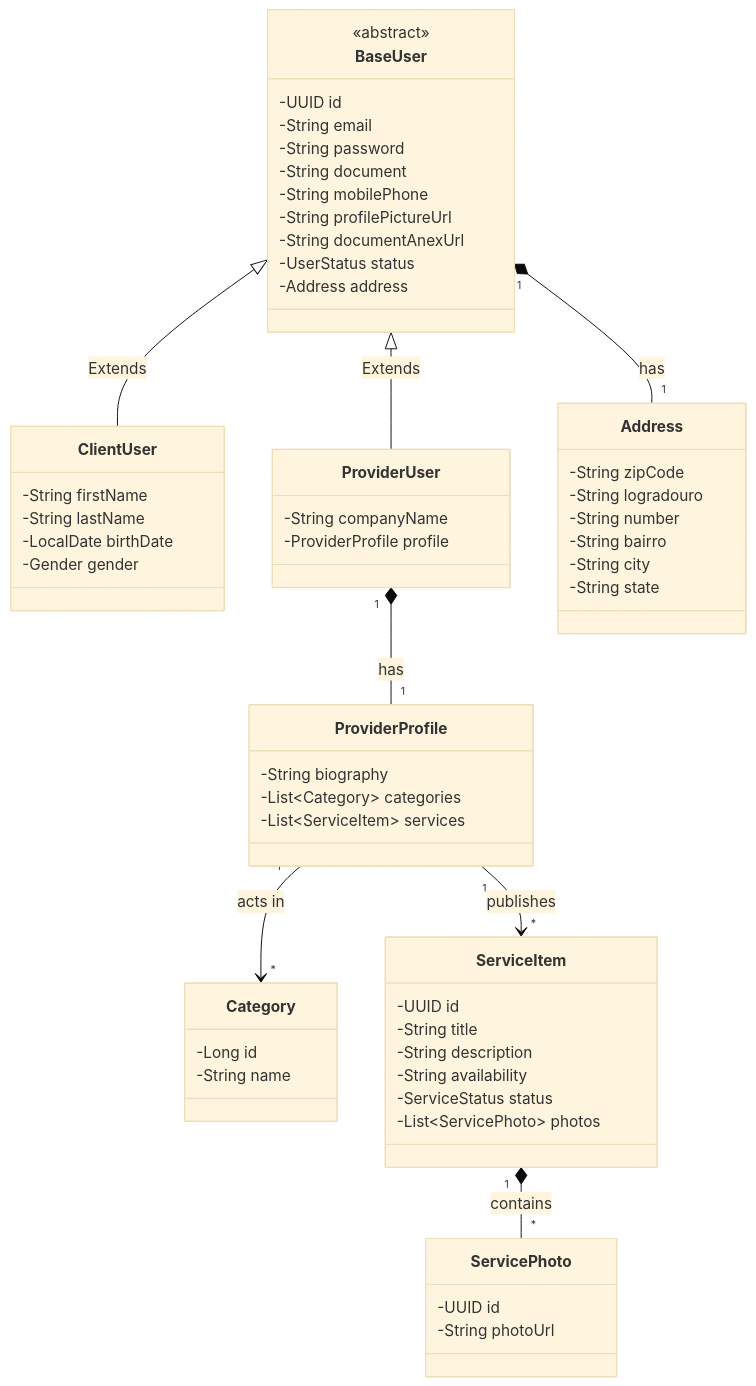
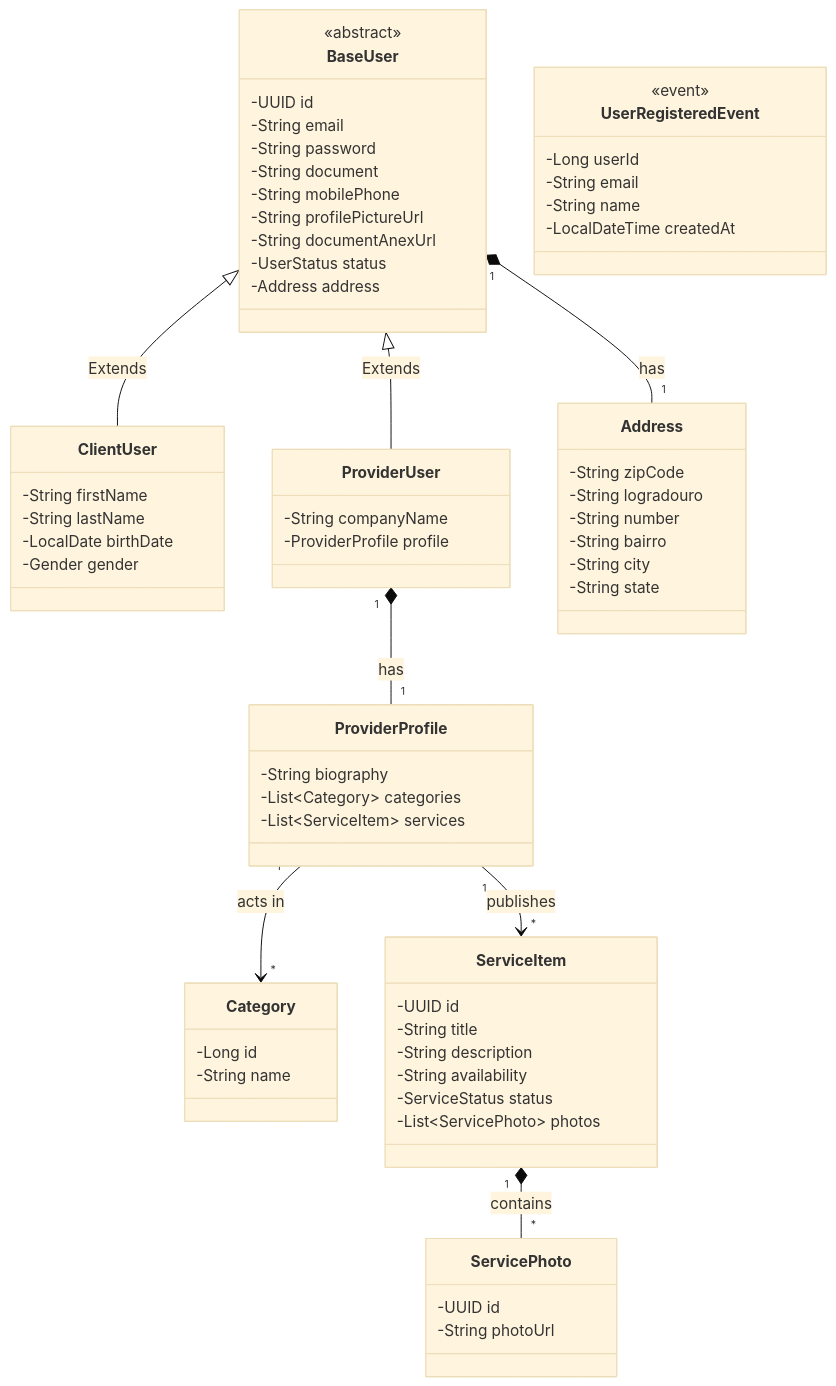
The diagram in docs/4-mapeamento_de_classes.md (ronerog/comunidade-app), drawn with Mermaid (base theme) before and after one commit. The commit also changed other lines of this file and 27 other files, not shown here.

````diff
--- a/docs/4-mapeamento_de_classes.md
+++ b/docs/4-mapeamento_de_classes.md
@@ -7,72 +7,81 @@
 ```mermaid
 classDiagram
     %% Agregado de Identidade
     class BaseUser {
         <<abstract>>
         -UUID id
         -String email
         -String password
         -String document
         -String mobilePhone
         -String profilePictureUrl
         -String documentAnexUrl
         -UserStatus status
         -Address address
     }
 
     class ClientUser {
         -String firstName
         -String lastName
         -LocalDate birthDate
         -Gender gender
     }
 
     class ProviderUser {
         -String companyName
         -ProviderProfile profile
     }
 
     class Address {
         -String zipCode
         -String logradouro
         -String number
         -String bairro
         -String city
         -String state
     }
     
     BaseUser <|-- ClientUser : Extends
     BaseUser <|-- ProviderUser : Extends
     BaseUser "1" *-- "1" Address : has
 
     %% Agregado de Catálogo de Serviços
     class ProviderProfile {
         -String biography
         -List~Category~ categories
         -List~ServiceItem~ services
     }
 
     class Category {
         -Long id
         -String name
     }
 
     class ServiceItem {
         -UUID id
         -String title
         -String description
         -String availability
         -ServiceStatus status
         -List~ServicePhoto~ photos
     }
 
     class ServicePhoto {
         -UUID id
         -String photoUrl
     }
 
     ProviderUser "1" *-- "1" ProviderProfile : has
     ProviderProfile "1" --> "*" Category : acts in
     ProviderProfile "1" --> "*" ServiceItem : publishes
     ServiceItem "1" *-- "*" ServicePhoto : contains
+
+    %% Agregado de Notificação
+    class UserRegisteredEvent {
+        <<event>>
+        -Long userId
+        -String email
+        -String name
+        -LocalDateTime createdAt
+    }
 ```
````
